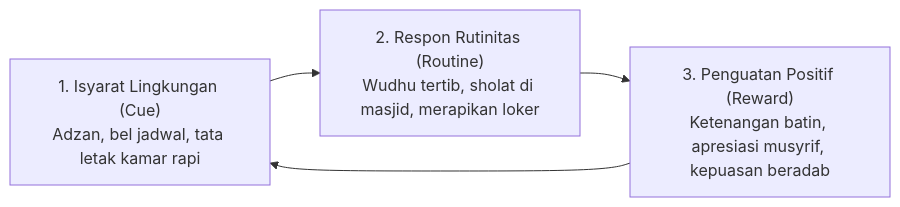
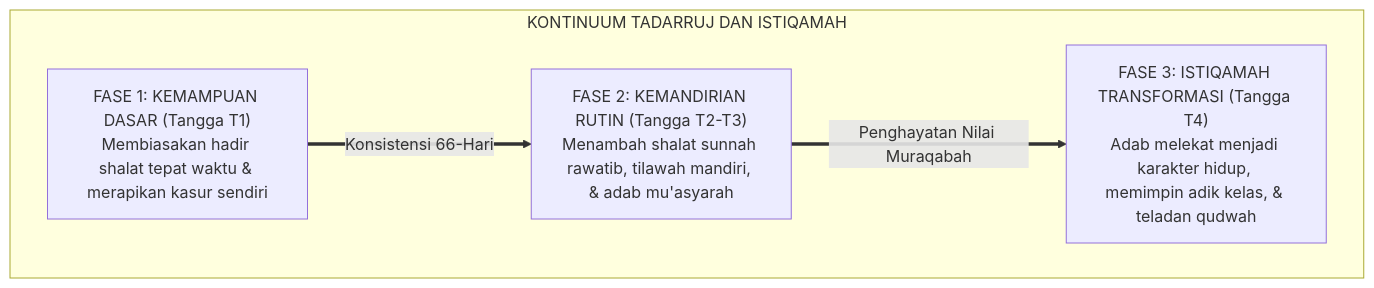
The diagram in 02 Principles/01 Core Principles/P2-01-06-Prinsip-Tadarruj-dan-Istiqamah.md (wandiapriliyandi/tumbuh), drawn with Mermaid before and after one commit. The commit also changed other lines of this file and 7 other files, not shown here.

````diff
--- a/02 Principles/01 Core Principles/P2-01-06-Prinsip-Tadarruj-dan-Istiqamah.md
+++ b/02 Principles/01 Core Principles/P2-01-06-Prinsip-Tadarruj-dan-Istiqamah.md
@@ -22,6 +28,10 @@
 ```mermaid
-graph LR
-    Cue["1. Isyarat Lingkungan (Cue)<br/>Adzan, bel jadwal, tata letak kamar rapi"] --> Routine["2. Respon Rutinitas (Routine)<br/>Wudhu tertib, sholat di masjid, merapikan loker"]
-    Routine --> Reward["3. Penguatan Positif (Reward)<br/>Ketenangan batin, apresiasi musyrif, kepuasan beradab"]
-    Reward --> Cue
+graph TD
+    subgraph KontinuumTadarruj["KONTINUUM TADARRUJ DAN ISTIQAMAH"]
+        T1["FASE 1: KEMAMPUAN DASAR (Tangga T1)<br/>Membiasakan hadir shalat tepat waktu & merapikan kasur sendiri"]
+        T2["FASE 2: KEMANDIRIAN RUTIN (Tangga T2-T3)<br/>Menambah shalat sunnah rawatib, tilawah mandiri, & adab mu'asyarah"]
+        T3["FASE 3: ISTIQAMAH TRANSFORMASI (Tangga T4)<br/>Adab melekat menjadi karakter hidup, memimpin adik kelas, & teladan qudwah"]
+        
+        T1 ==>|Konsistensi 66-Hari| T2 ==>|Penghayatan Nilai Muraqabah| T3
+    end
 ```
````
